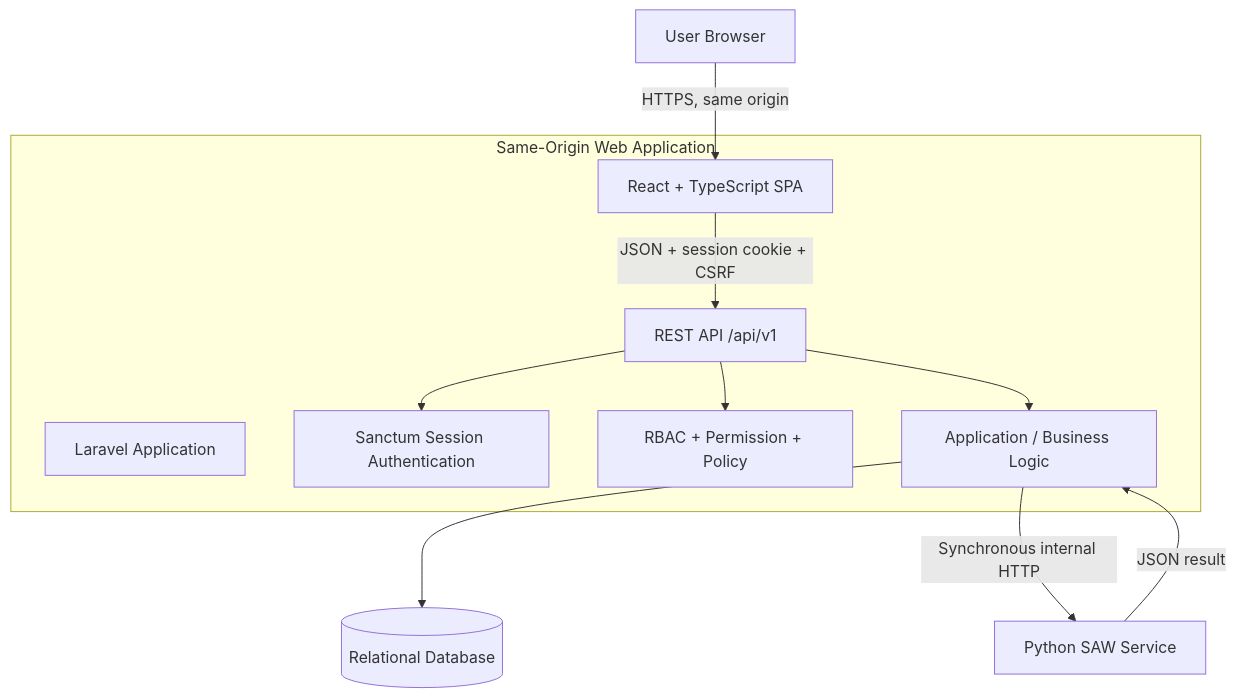
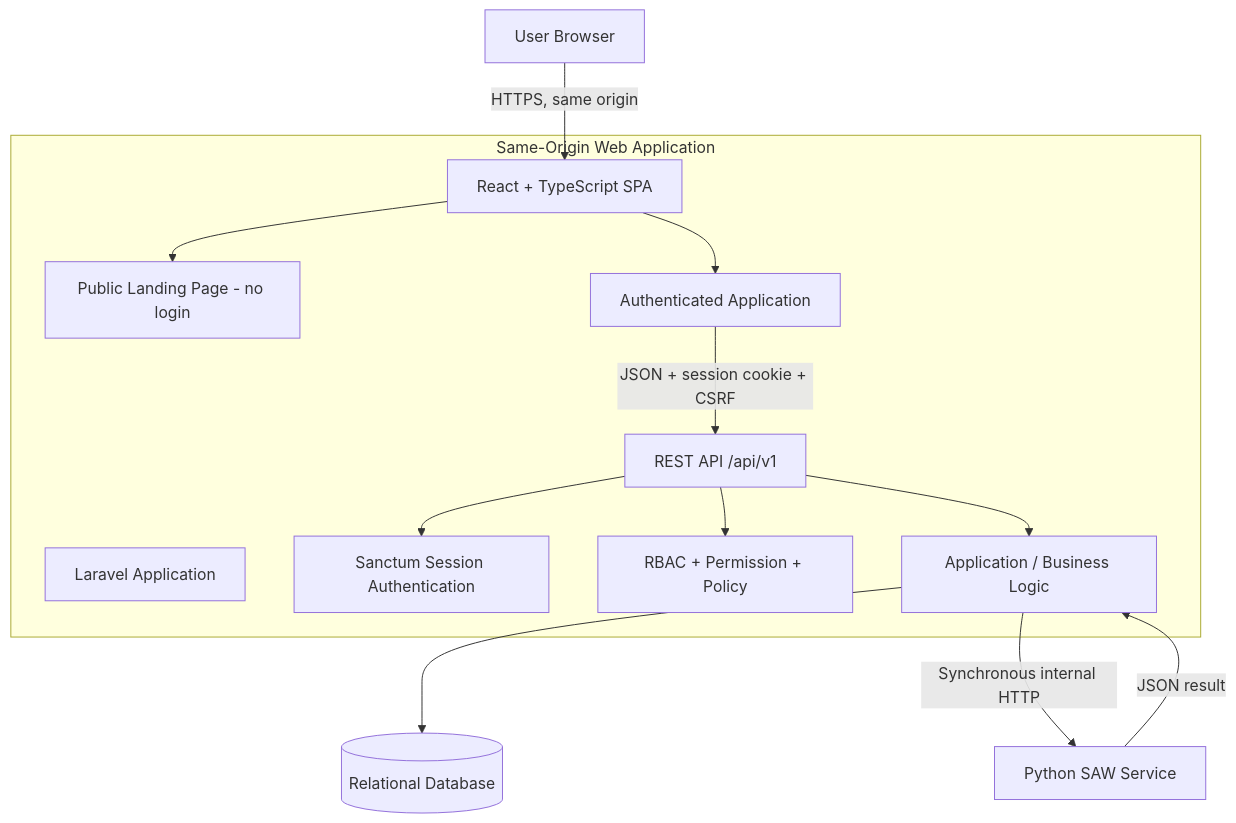
The second of 9 diagrams in ARCHITECTURE.md (nasywariqa/sim-policy), drawn with Mermaid before and after one commit. The commit also changed other lines of this file and 3 other files, not shown here.

````diff
--- a/ARCHITECTURE.md
+++ b/ARCHITECTURE.md
@@ -278,24 +308,28 @@
 ``` mermaid
 flowchart TB
     B[User Browser]
     subgraph APP[Same-Origin Web Application]
         SPA[React + TypeScript SPA]
+        PUBLIC[Public Landing Page - no login]
+        PRIVATE[Authenticated Application]
         LAR[Laravel Application]
         API[REST API /api/v1]
         AUTH[Sanctum Session Authentication]
         AUTHZ[RBAC + Permission + Policy]
         BIZ[Application / Business Logic]
     end
 
     DB[(Relational Database)]
     PY[Python SAW Service]
 
     B -->|HTTPS, same origin| SPA
-    SPA -->|JSON + session cookie + CSRF| API
+    SPA --> PUBLIC
+    SPA --> PRIVATE
+    PRIVATE -->|JSON + session cookie + CSRF| API
     API --> AUTH
     API --> AUTHZ
     API --> BIZ
     BIZ --> DB
     BIZ -->|Synchronous internal HTTP| PY
     PY -->|JSON result| BIZ
 ```
````
